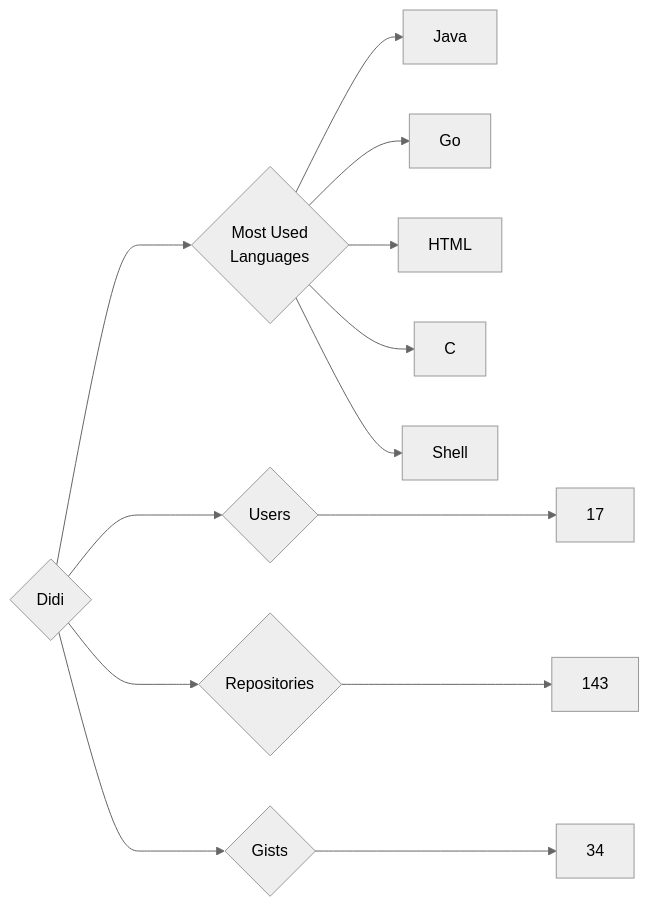
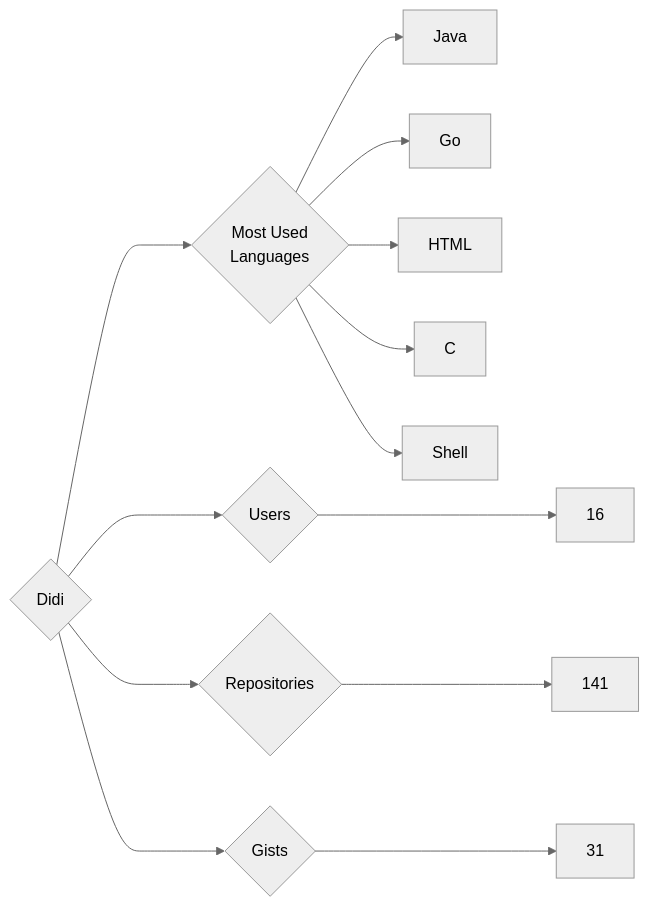
One commit to trickest/insiders changed the diagram in targets/Didi/README.md. Above: the diagram before and after it, drawn with Mermaid (neutral theme). The commit also changed 984 other files, not shown here.

````diff
--- a/targets/Didi/README.md
+++ b/targets/Didi/README.md
@@ -3,13 +3,13 @@
 ```mermaid
 graph LR
 COMPANY_NAME{Didi}
-COMPANY_NAME ---> U{Users} ---> UN[17]
-COMPANY_NAME ---> R{Repositories} ---> RN[143]
-COMPANY_NAME ---> G{Gists} ---> GN[34]
+COMPANY_NAME ---> U{Users} ---> UN[16]
+COMPANY_NAME ---> R{Repositories} ---> RN[141]
+COMPANY_NAME ---> G{Gists} ---> GN[31]
 COMPANY_NAME ---> ML{Most Used<br>Languages}
 ML --> Java[Java]
 ML --> Go[Go]
 ML --> HTML[HTML]
 ML --> C[C]
 ML --> Shell[Shell]
 ```
````
